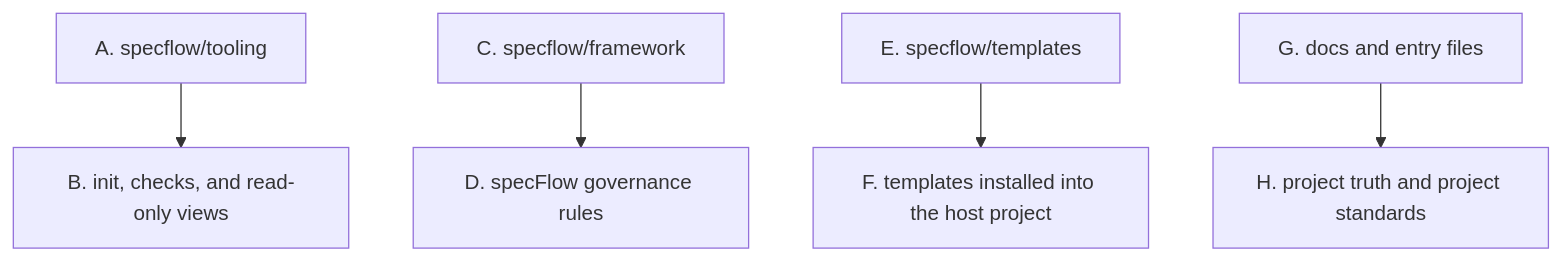
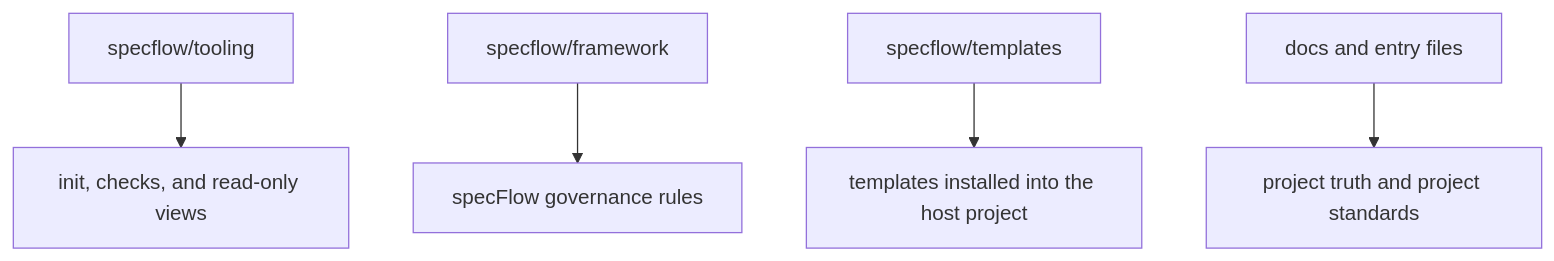
The diagram in README.md (mfblog/specflow), drawn with Mermaid before and after one commit. The commit also changed other lines of this file and 1 other file, not shown here.

````diff
--- a/README.md
+++ b/README.md
@@ -553,7 +288,7 @@
 ```mermaid
 flowchart TD
-    A["A. specflow/tooling"] --> B["B. init, checks, and read-only views"]
-    C["C. specflow/framework"] --> D["D. specFlow governance rules"]
-    E["E. specflow/templates"] --> F["F. templates installed into the host project"]
-    G["G. docs and entry files"] --> H["H. project truth and project standards"]
+    A["specflow/tooling"] --> B["init, checks, and read-only views"]
+    C["specflow/framework"] --> D["specFlow governance rules"]
+    E["specflow/templates"] --> F["templates installed into the host project"]
+    G["docs and entry files"] --> H["project truth and project standards"]
 ```
````
